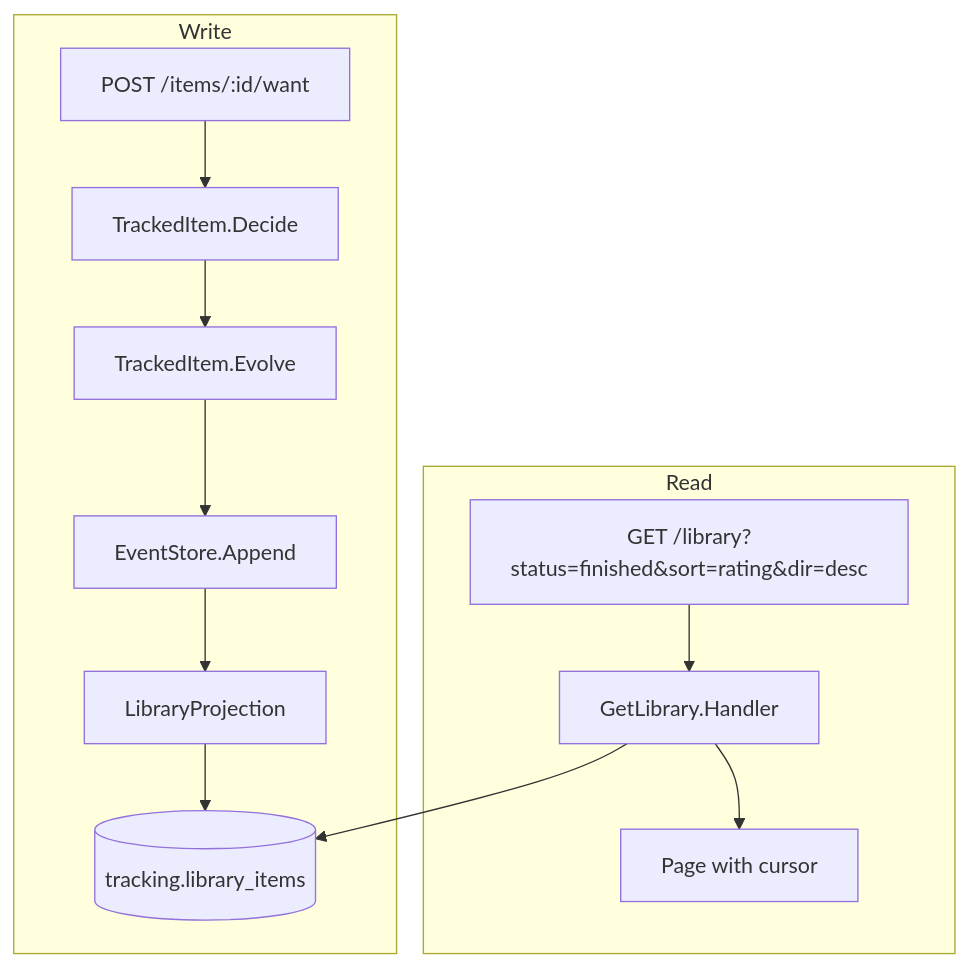
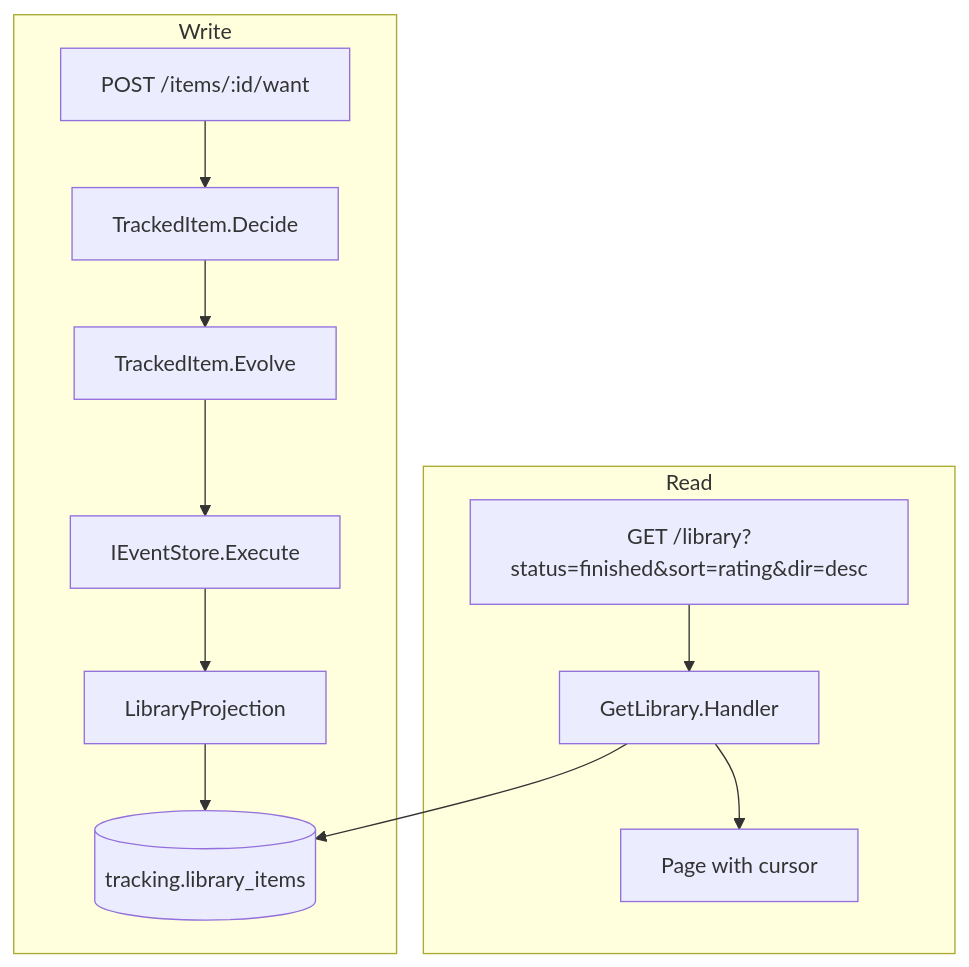
The diagram in README.md (alternayte/anthology), drawn with Mermaid before and after one commit. The commit also changed other lines of this file and 85 other files, not shown here.

````diff
--- a/README.md
+++ b/README.md
@@ -161,16 +106,16 @@
 ```mermaid
 flowchart TD
     subgraph Write
         W[POST /items/:id/want] --> D[TrackedItem.Decide]
         D --> E[TrackedItem.Evolve]
-        E --> A[EventStore.Append]
+        E --> A[IEventStore.Execute]
         A --> LP[LibraryProjection]
         LP --> LI[(tracking.library_items)]
     end
 
     subgraph Read
         Q[GET /library?status=finished&sort=rating&dir=desc] --> H[GetLibrary.Handler]
         H --> LI
         H --> R[Page with cursor]
     end
 ```
````
